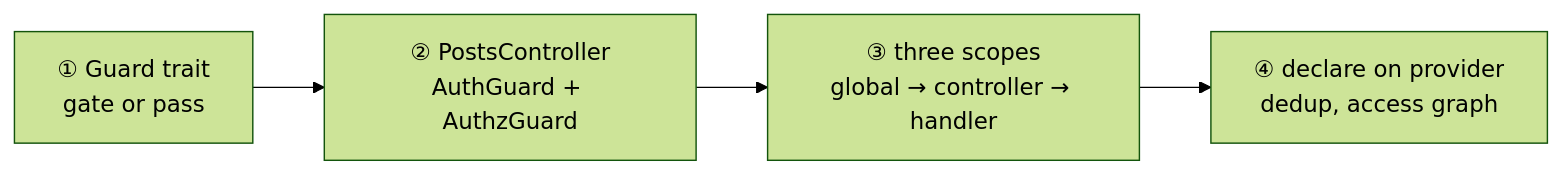
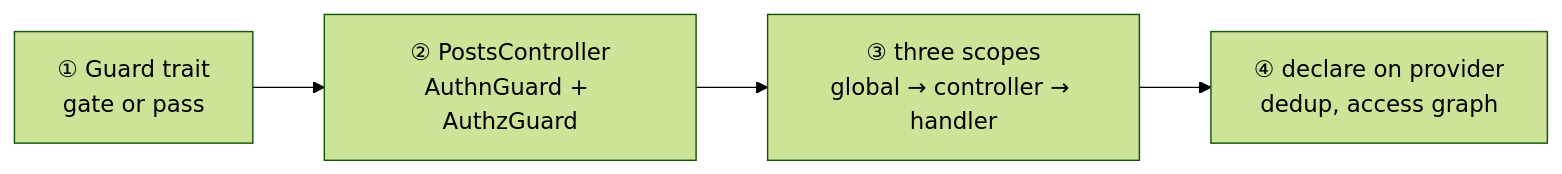
One commit to YV17labs/NestRS changed the first of 4 diagrams in docs/src/content/docs/fundamentals/guards.mdx. Above: the diagram before and after it, drawn with Mermaid (forest theme). The commit also changed other lines of this file and 95 other files, not shown here.

First line of the commit message:
refactor(authn)!: rename AuthGuard to AuthnGuard

````diff
--- a/docs/src/content/docs/fundamentals/guards.mdx
+++ b/docs/src/content/docs/fundamentals/guards.mdx
@@ -28,6 +28,6 @@
 ```mermaid
 flowchart LR
-  A["① Guard trait<br/>gate or pass"] --> B["② PostsController<br/>AuthGuard + AuthzGuard"]
+  A["① Guard trait<br/>gate or pass"] --> B["② PostsController<br/>AuthnGuard + AuthzGuard"]
   B --> C["③ three scopes<br/>global → controller → handler"]
   C --> D["④ declare on provider<br/>dedup, access graph"]
 ```
````
